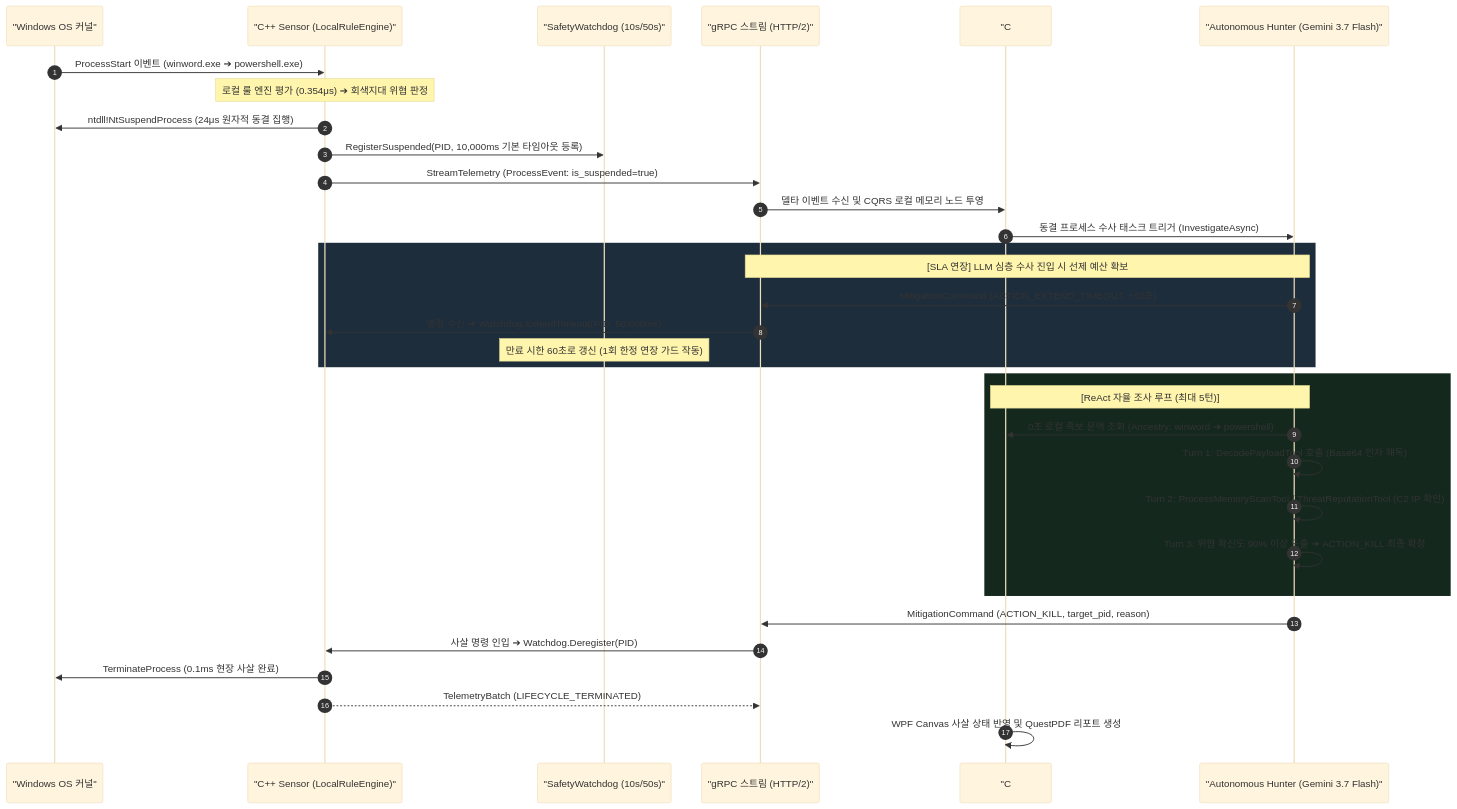
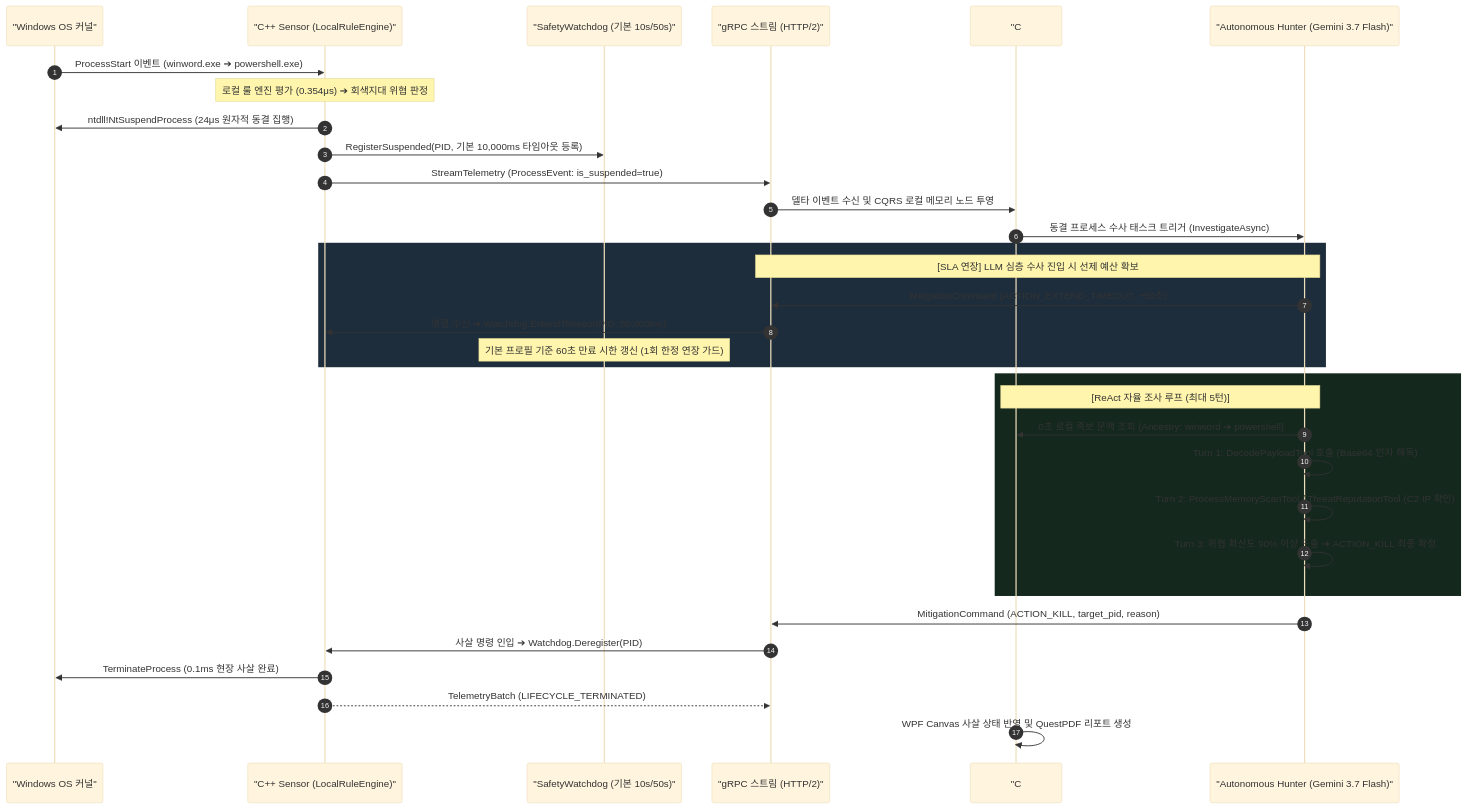
One commit to jin20203458/Obsidian.Agent changed the third of 3 diagrams in Phalanx/docs/01_system_architecture.md. Above: the diagram before and after it, drawn with Mermaid (base theme). The commit also changed other lines of this file and 2 other files, not shown here.

````diff
--- a/Phalanx/docs/01_system_architecture.md
+++ b/Phalanx/docs/01_system_architecture.md
@@ -144,40 +144,40 @@
 ```mermaid
 sequenceDiagram
     autonumber
     participant Kernel as "Windows OS 커널"
     participant Sensor as "C++ Sensor (LocalRuleEngine)"
-    participant Watchdog as "SafetyWatchdog (10s/50s)"
+    participant Watchdog as "SafetyWatchdog (기본 10s/50s)"
     participant Grpc as "gRPC 스트림 (HTTP/2)"
     participant Cockpit as "C# Cockpit (ProcessTree CQRS)"
     participant AI as "Autonomous Hunter (Gemini 3.7 Flash)"
 
     Kernel->>Sensor: ProcessStart 이벤트 (winword.exe ➔ powershell.exe)
     Note over Sensor: 로컬 룰 엔진 평가 (0.354μs) ➔ 회색지대 위협 판정
     Sensor->>Kernel: ntdll!NtSuspendProcess (24μs 원자적 동결 집행)
-    Sensor->>Watchdog: RegisterSuspended(PID, 10,000ms 기본 타임아웃 등록)
+    Sensor->>Watchdog: RegisterSuspended(PID, 기본 10,000ms 타임아웃 등록)
     Sensor->>Grpc: StreamTelemetry (ProcessEvent: is_suspended=true)
 
     Grpc->>Cockpit: 델타 이벤트 수신 및 CQRS 로컬 메모리 노드 투영
     Cockpit->>AI: 동결 프로세스 수사 태스크 트리거 (InvestigateAsync)
 
     rect rgb(30, 45, 60)
         Note over AI, Grpc: [SLA 연장] LLM 심층 수사 진입 시 선제 예산 확보
         AI->>Grpc: MitigationCommand (ACTION_EXTEND_TIMEOUT, +50초)
         Grpc->>Sensor: 명령 수신 ➔ Watchdog.ExtendTimeout(PID, 50,000ms)
-        Note over Watchdog: 만료 시한 60초로 갱신 (1회 한정 연장 가드 작동)
+        Note over Watchdog: 기본 프로필 기준 60초 만료 시한 갱신 (1회 한정 연장 가드)
     end
 
     rect rgb(20, 40, 30)
         Note over AI, Cockpit: [ReAct 자율 조사 루프 (최대 5턴)]
         AI->>Cockpit: 0초 로컬 족보 문맥 조회 (Ancestry: winword ➔ powershell)
         AI->>AI: Turn 1: DecodePayloadTool 호출 (Base64 인자 해독)
         AI->>AI: Turn 2: ProcessMemoryScanTool / ThreatReputationTool (C2 IP 확인)
         AI->>AI: Turn 3: 위협 확신도 90% 이상 도출 ➔ ACTION_KILL 최종 확정
     end
 
     AI->>Grpc: MitigationCommand (ACTION_KILL, target_pid, reason)
     Grpc->>Sensor: 사살 명령 인입 ➔ Watchdog.Deregister(PID)
     Sensor->>Kernel: TerminateProcess (0.1ms 현장 사살 완료)
     Sensor-->>Grpc: TelemetryBatch (LIFECYCLE_TERMINATED)
     Cockpit->>Cockpit: WPF Canvas 사살 상태 반영 및 QuestPDF 리포트 생성
 ```
````
